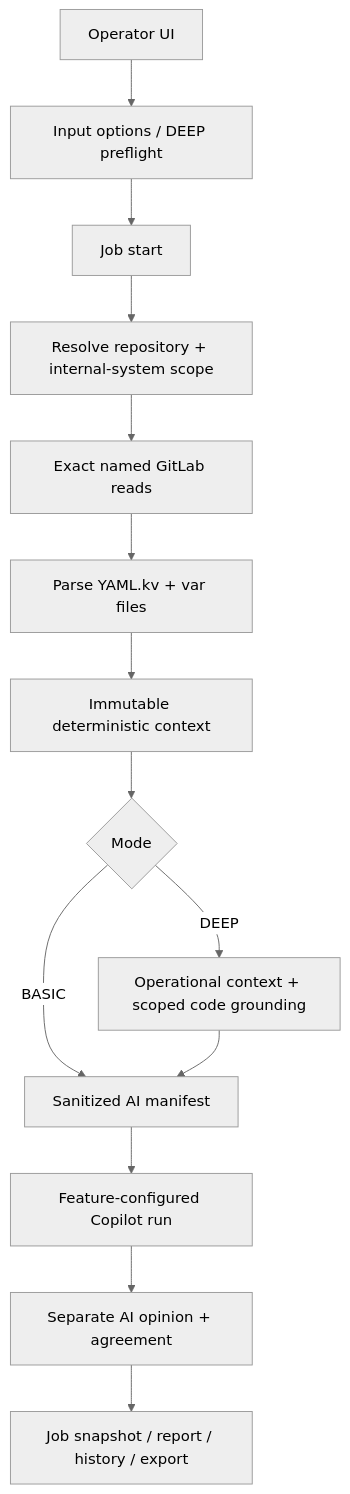
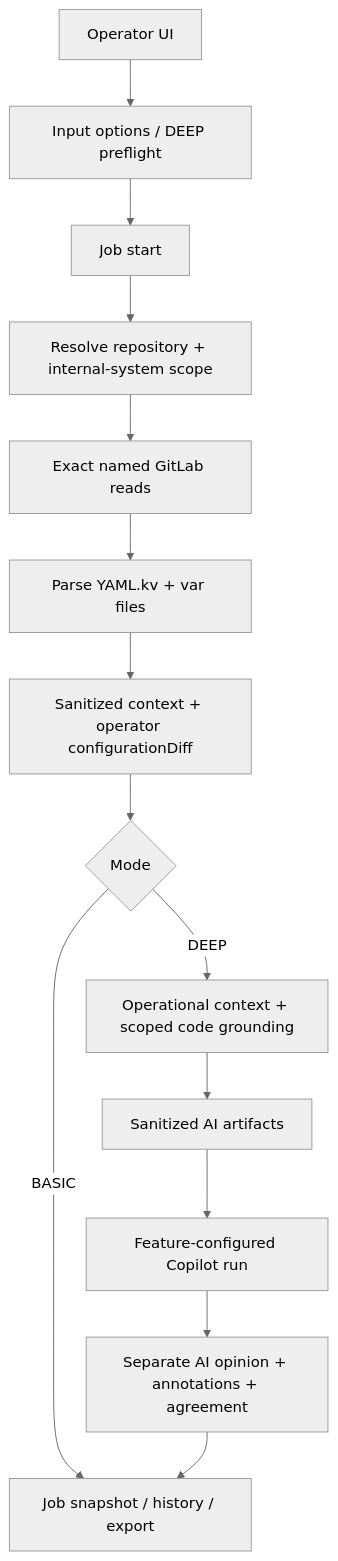
One commit to herald-assistant/incident-tracker changed the diagram in docs/architecture/runtime-configuration-verification-runtime-flow.md. Above: the diagram before and after it, drawn with Mermaid (neutral theme). The commit also changed other lines of this file and 94 other files, not shown here.

````diff
--- a/docs/architecture/runtime-configuration-verification-runtime-flow.md
+++ b/docs/architecture/runtime-configuration-verification-runtime-flow.md
@@ -34,16 +35,16 @@
 ```mermaid
 flowchart TD
     UI["Operator UI"] --> OPTIONS["Input options / DEEP preflight"]
     OPTIONS --> JOB["Job start"]
     JOB --> SCOPE["Resolve repository + internal-system scope"]
     SCOPE --> SOURCE["Exact named GitLab reads"]
     SOURCE --> PARSE["Parse YAML.kv + var files"]
-    PARSE --> DIFF["Immutable deterministic context"]
-    DIFF --> MODE{"Mode"}
-    MODE -->|BASIC| SANITIZE["Sanitized AI manifest"]
+    PARSE --> BUILD["Sanitized context + operator configurationDiff"]
+    BUILD --> MODE{"Mode"}
+    MODE -->|BASIC| RESULT["Job snapshot / history / export"]
     MODE -->|DEEP| ENRICH["Operational context + scoped code grounding"]
-    ENRICH --> SANITIZE
+    ENRICH --> SANITIZE["Sanitized AI artifacts"]
     SANITIZE --> AI["Feature-configured Copilot run"]
-    AI --> MERGE["Separate AI opinion + agreement"]
-    MERGE --> RESULT["Job snapshot / report / history / export"]
+    AI --> MERGE["Separate AI opinion + annotations + agreement"]
+    MERGE --> RESULT
 ```
````
